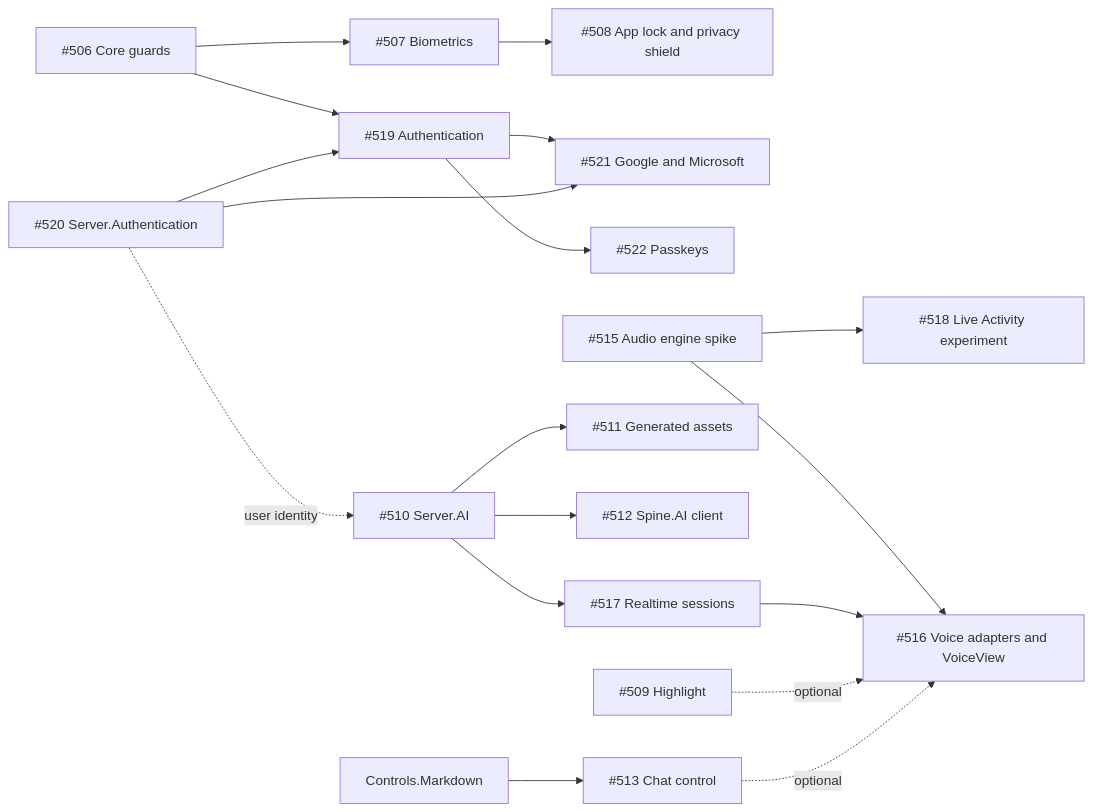
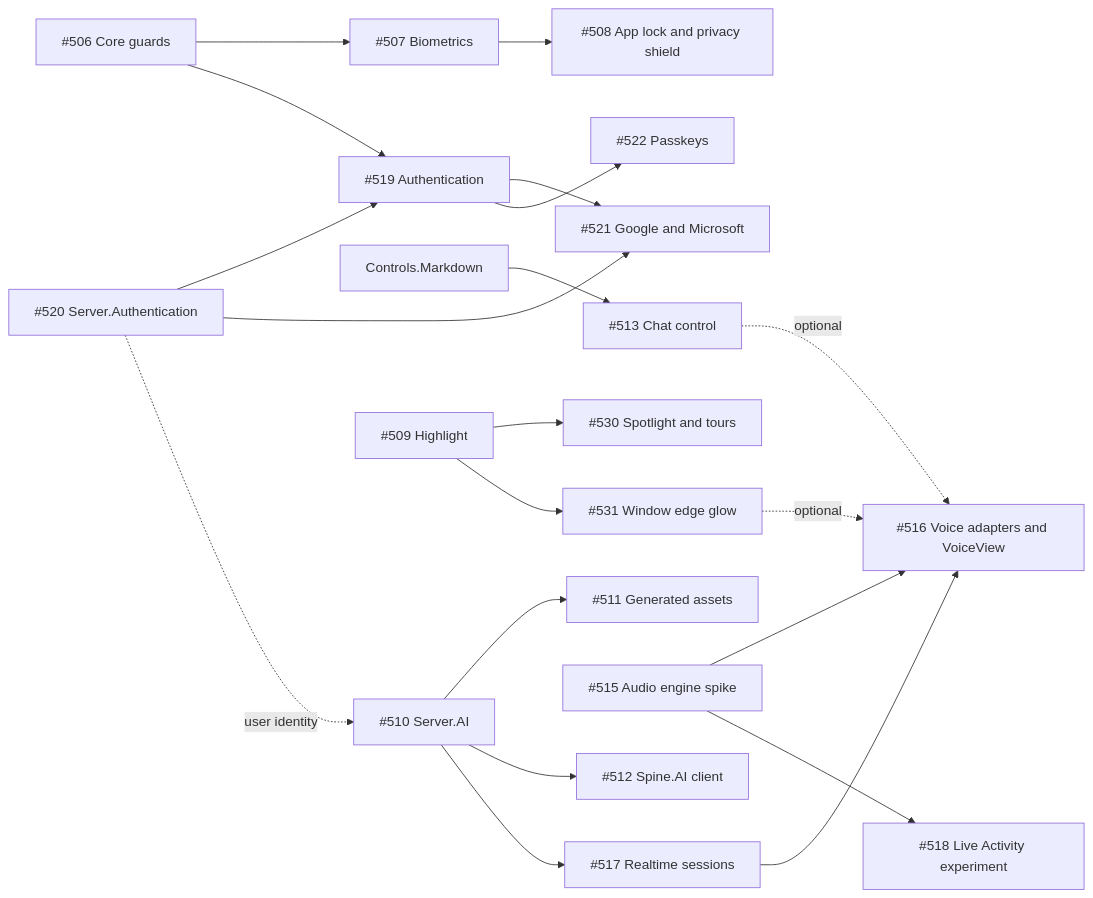
The diagram in docs/plans/ai-and-security.md (jonatansoderberg/Maui.Spine), drawn with Mermaid before and after one commit. The commit also changed other lines of this file and 48 other files, not shown here.

First line of the commit message:
Spine.Controls.Highlight: glow and highlight kinds on any view (#509)

````diff
--- a/docs/plans/ai-and-security.md
+++ b/docs/plans/ai-and-security.md
@@ -62,20 +62,22 @@
 ```mermaid
 graph LR
   G[#506 Core guards] --> BIO[#507 Biometrics]
   BIO --> LOCK[#508 App lock and privacy shield]
   G --> AUTH[#519 Authentication]
   SA[#520 Server.Authentication] --> AUTH
   AUTH --> GM[#521 Google and Microsoft]
   SA --> GM
   AUTH --> PK[#522 Passkeys]
   MD[Controls.Markdown] --> CHAT
   AI[#510 Server.AI] --> ASSET[#511 Generated assets]
   AI --> CL[#512 Spine.AI client]
   AI --> RT[#517 Realtime sessions]
   VE[#515 Audio engine spike] --> VO[#516 Voice adapters and VoiceView]
   RT --> VO
   VE --> LA[#518 Live Activity experiment]
-  HL[#509 Highlight] -.optional.-> VO
+  HL[#509 Highlight] --> SPOT[#530 Spotlight and tours]
+  HL --> EDGE[#531 Window edge glow]
+  EDGE -.optional.-> VO
   CHAT[#513 Chat control] -.optional.-> VO
   SA -.user identity.-> AI
 ```
````
